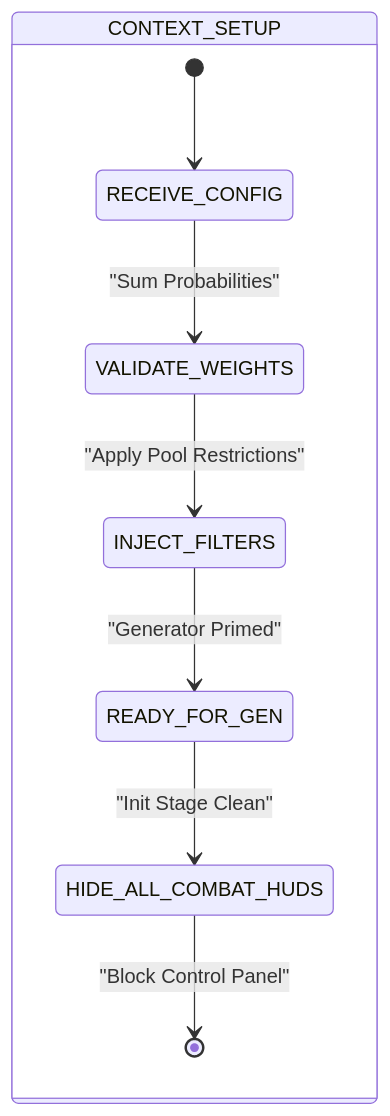
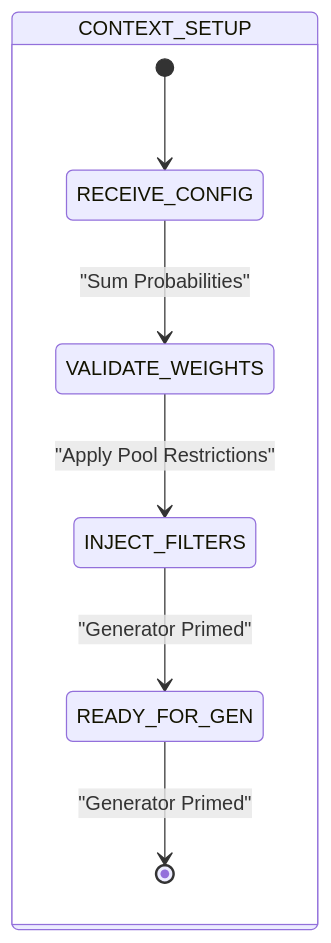
One commit to Darkham77/PokeBorrador changed the first of 18 diagrams in .agents/skills/project-standards/references/battle/battle_mechanics_manual.md. Above: the diagram before and after it, drawn with Mermaid. The commit also changed other lines of this file and 30 other files, not shown here.

````diff
--- a/.agents/skills/project-standards/references/battle/battle_mechanics_manual.md
+++ b/.agents/skills/project-standards/references/battle/battle_mechanics_manual.md
@@ -359,11 +353,10 @@
 ```mermaid
 stateDiagram-v2
         state CONTEXT_SETUP {
             [*] --> RECEIVE_CONFIG
             RECEIVE_CONFIG --> VALIDATE_WEIGHTS : "Sum Probabilities"
             VALIDATE_WEIGHTS --> INJECT_FILTERS : "Apply Pool Restrictions"
             INJECT_FILTERS --> READY_FOR_GEN : "Generator Primed"
-            READY_FOR_GEN --> HIDE_ALL_COMBAT_HUDS : "Init Stage Clean"
-            HIDE_ALL_COMBAT_HUDS --> [*] : "Block Control Panel"
+            READY_FOR_GEN --> [*] : "Generator Primed"
         }
 ```
````
